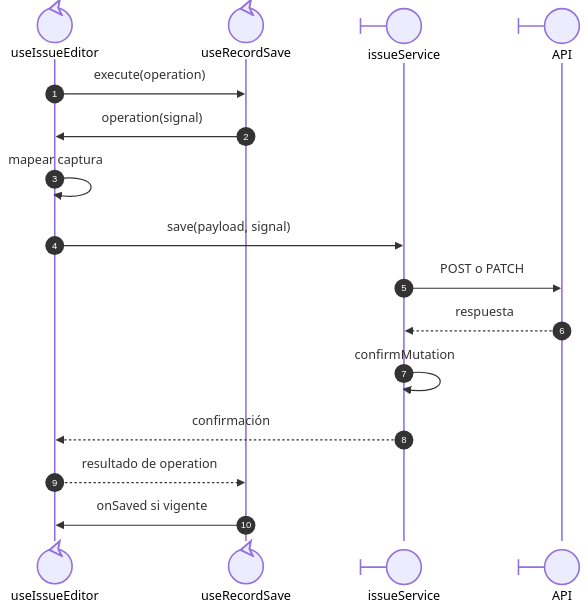
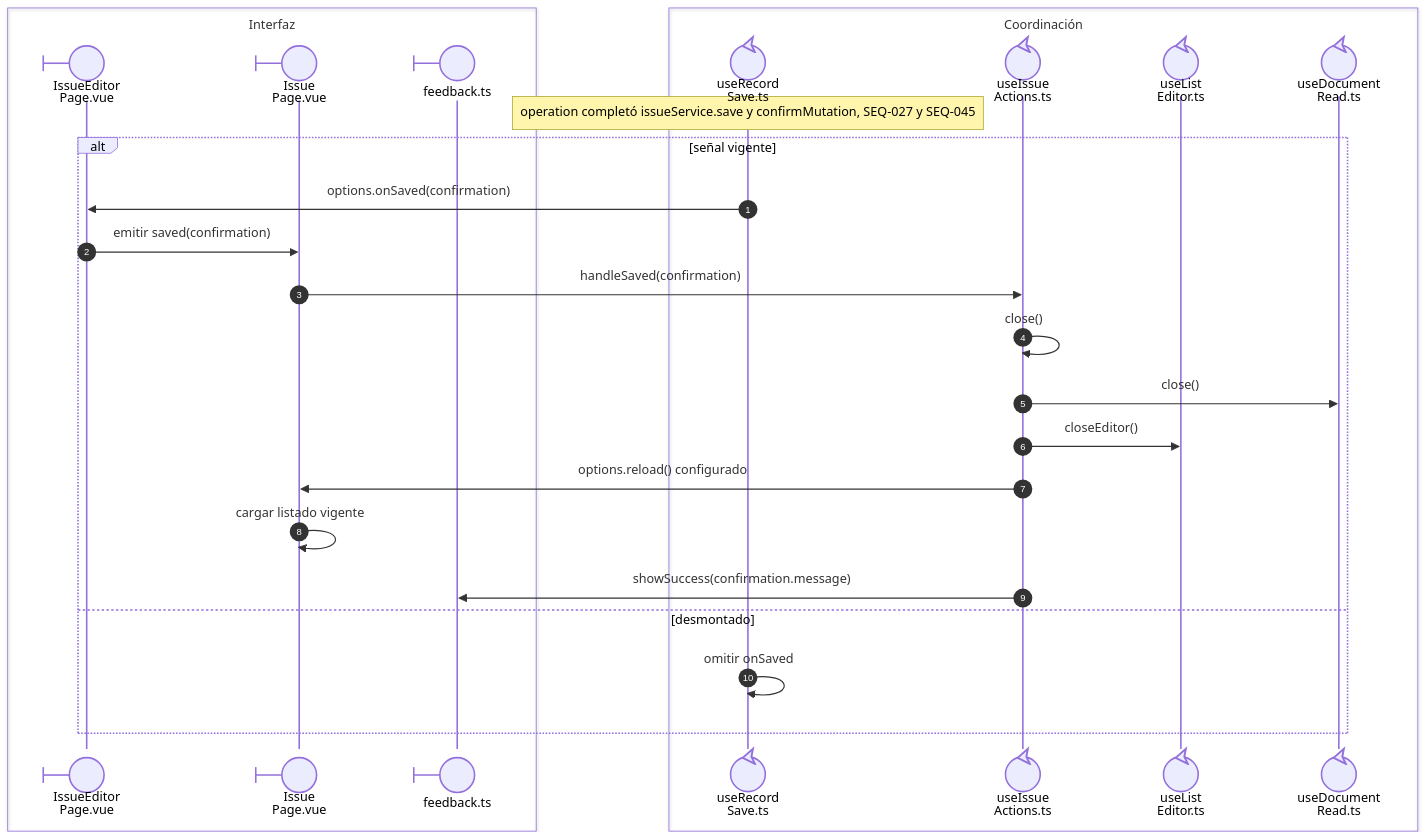
The second of 3 diagrams in front/docs/architecture/views/development/design-and-construction-patterns/08-document-responsibilities.md (gpgsistemas01/nexus), drawn with Mermaid before and after one commit. The commit also changed other lines of this file and 46 other files, not shown here.

````diff
--- a/front/docs/architecture/views/development/design-and-construction-patterns/08-document-responsibilities.md
+++ b/front/docs/architecture/views/development/design-and-construction-patterns/08-document-responsibilities.md
@@ -100,18 +101,29 @@
 ```mermaid
 sequenceDiagram
     autonumber
-    participant E@{ "type": "control" } as useIssueEditor
-    participant G@{ "type": "control" } as useRecordSave
-    participant S@{ "type": "boundary" } as issueService
-    participant A@{ "type": "boundary" } as API
-    E->>G: execute(operation)
-    G->>E: operation(signal)
-    E->>E: mapear captura
-    E->>S: save(payload, signal)
-    S->>A: POST o PATCH
-    A-->>S: respuesta
-    S->>S: confirmMutation
-    S-->>E: confirmación
-    E-->>G: resultado de operation
-    G->>E: onSaved si vigente
+    box Interfaz
+    participant EditorPage@{ "type": "boundary" } as IssueEditor<br/>Page.vue
+    participant Page@{ "type": "boundary" } as Issue<br/>Page.vue
+    participant Feedback@{ "type": "boundary" } as feedback.ts
+    end
+    box Coordinación
+    participant Save@{ "type": "control" } as useRecord<br/>Save.ts
+    participant Actions@{ "type": "control" } as useIssue<br/>Actions.ts
+    participant State@{ "type": "control" } as useList<br/>Editor.ts
+    participant Reader@{ "type": "control" } as useDocument<br/>Read.ts
+    end
+    Note over Save: operation completó issueService.save y confirmMutation, SEQ-027 y SEQ-045
+    alt señal vigente
+        Save->>EditorPage: options.onSaved(confirmation)
+        EditorPage->>Page: emitir saved(confirmation)
+        Page->>Actions: handleSaved(confirmation)
+        Actions->>Actions: close()
+        Actions->>Reader: close()
+        Actions->>State: closeEditor()
+        Actions->>Page: options.reload() configurado
+        Page->>Page: cargar listado vigente
+        Actions->>Feedback: showSuccess(confirmation.message)
+    else desmontado
+        Save->>Save: omitir onSaved
+    end
 ```
````
